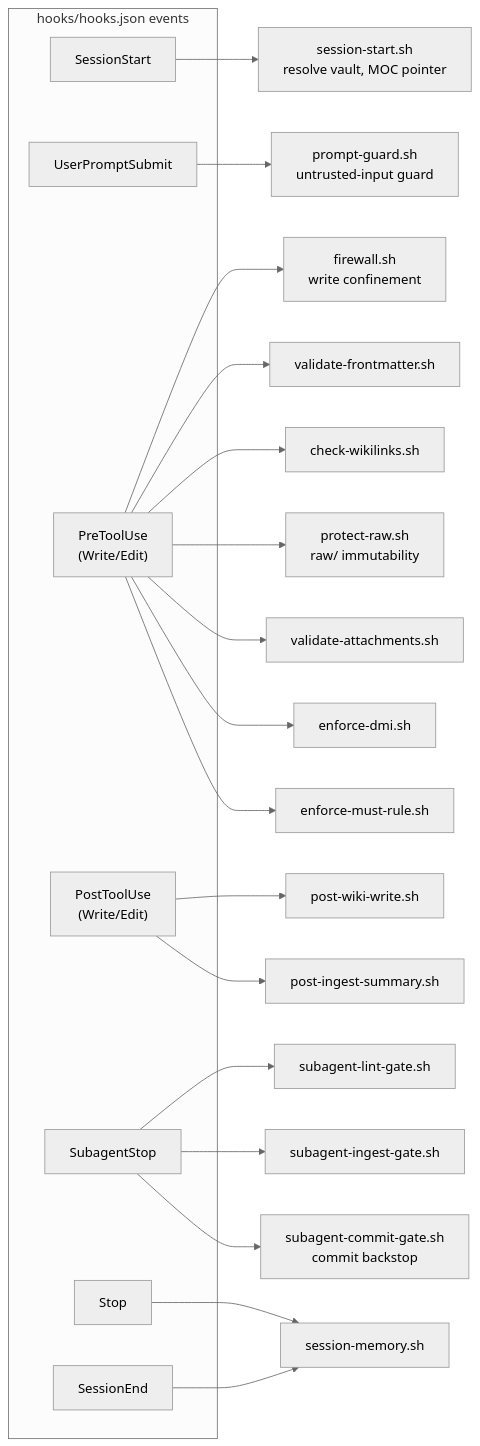
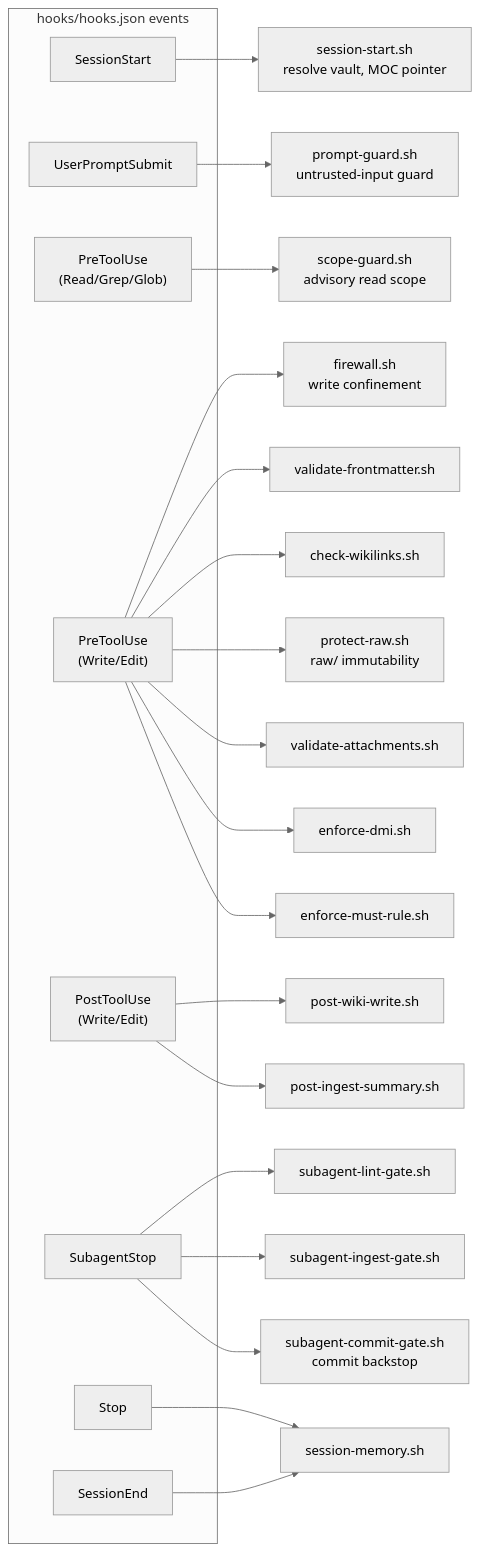
The first of 4 diagrams in docs/design/02-component-design.md (odere-pro/claude-wiki-pages-plugin), drawn with Mermaid (neutral theme) before and after one commit. The commit also changed 17 other files, not shown here.

First line of the commit message:
feat(engine): context layering (ICM) + OKF interop — engine context, okf export/import, scope-guard hook

````diff
--- a/docs/design/02-component-design.md
+++ b/docs/design/02-component-design.md
@@ -13,29 +13,31 @@
 ```mermaid
 graph LR
     subgraph events["hooks/hooks.json events"]
         ss["SessionStart"]
         ups["UserPromptSubmit"]
+        pre_rg["PreToolUse<br/>(Read/Grep/Glob)"]
         pre["PreToolUse<br/>(Write/Edit)"]
         post["PostToolUse<br/>(Write/Edit)"]
         sub["SubagentStop"]
         stop["Stop"]
         send["SessionEnd"]
     end
 
     ss --> p_ss["session-start.sh<br/>resolve vault, MOC pointer"]
     ups --> p_pg["prompt-guard.sh<br/>untrusted-input guard"]
+    pre_rg --> p_sg["scope-guard.sh<br/>advisory read scope"]
     pre --> p_fw["firewall.sh<br/>write confinement"]
     pre --> p_vf["validate-frontmatter.sh"]
     pre --> p_wl["check-wikilinks.sh"]
     pre --> p_pr["protect-raw.sh<br/>raw/ immutability"]
     pre --> p_va["validate-attachments.sh"]
     pre --> p_dmi["enforce-dmi.sh"]
     pre --> p_mr["enforce-must-rule.sh"]
     post --> p_pw["post-wiki-write.sh"]
     post --> p_pi["post-ingest-summary.sh"]
     sub --> p_lg["subagent-lint-gate.sh"]
     sub --> p_ig["subagent-ingest-gate.sh"]
     sub --> p_cg["subagent-commit-gate.sh<br/>commit backstop"]
     stop --> p_sm["session-memory.sh"]
     send --> p_sm
 ```
````
